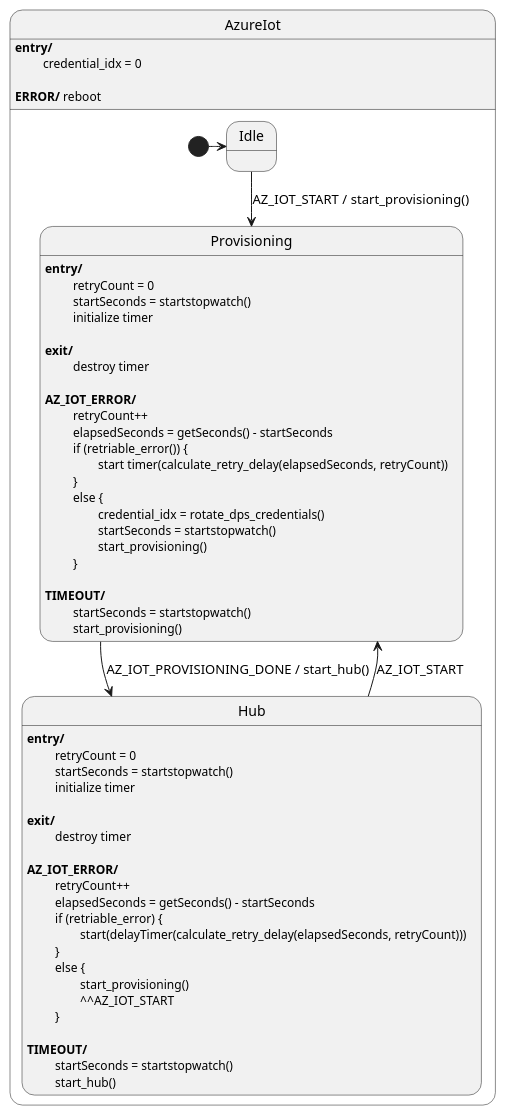
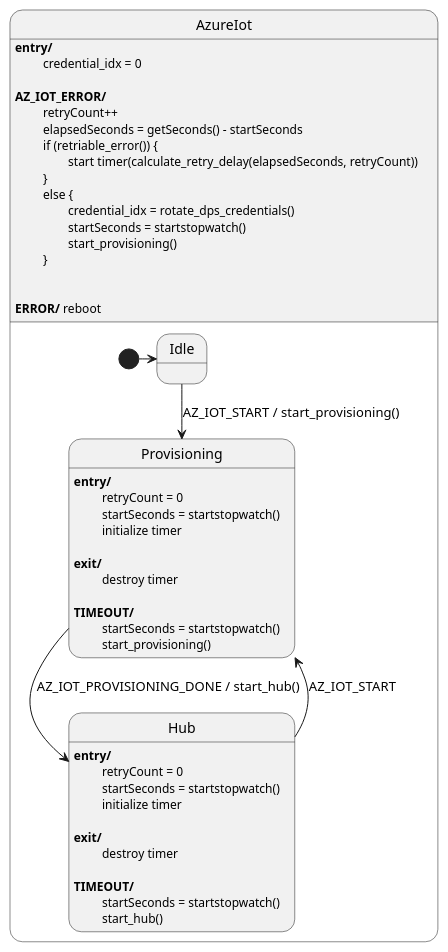
The diagram in demos/common/hfsm/doc/iot_hfsm.puml (Azure-Samples/iot-middleware-freertos-samples), drawn with PlantUML before and after one commit. The commit also changed 5 other files, not shown here.

```diff
--- a/demos/common/hfsm/doc/iot_hfsm.puml
+++ b/demos/common/hfsm/doc/iot_hfsm.puml
@@ -1,67 +1,57 @@
 @startuml Azure IoT HFSM
 
 state AzureIot {
     state Idle
     
     state Provisioning
     Provisioning: <b>entry/</b>
     Provisioning : \t retryCount = 0
     Provisioning : \t startSeconds = startstopwatch()
     Provisioning : \t initialize timer
     Provisioning :
     Provisioning : <b>exit/</b>
     Provisioning : \t destroy timer
     Provisioning :
-    Provisioning : <b>AZ_IOT_ERROR/</b>
-    Provisioning :  \t retryCount++
-    Provisioning :  \t elapsedSeconds = getSeconds() - startSeconds
-    Provisioning : \t if (retriable_error()) {
-    Provisioning : \t\t start timer(calculate_retry_delay(elapsedSeconds, retryCount))
-    Provisioning : \t }
-    Provisioning : \t else {
-    Provisioning : \t\t credential_idx = rotate_dps_credentials()
-    Provisioning:  \t\t startSeconds = startstopwatch()
-    Provisioning : \t\t start_provisioning()
-    Provisioning : \t }
-    Provisioning :
     Provisioning : <b>TIMEOUT/</b>
     Provisioning :  \t startSeconds = startstopwatch()
     Provisioning : \t start_provisioning()
 
     state Hub
     Hub : <b>entry/</b>
     Hub : \t retryCount = 0
     Hub : \t startSeconds = startstopwatch()
     Hub : \t initialize timer
     Hub :
     Hub : <b>exit/</b>
     Hub : \t destroy timer
     Hub : 
-    Hub : <b>AZ_IOT_ERROR/</b>
-    Hub : \t retryCount++
-    Hub : \t elapsedSeconds = getSeconds() - startSeconds
-    Hub : \t if (retriable_error) {
-    Hub : \t\t start(delayTimer(calculate_retry_delay(elapsedSeconds, retryCount)))
-    Hub : \t }
-    Hub : \t else {
-    Hub : \t\t start_provisioning()
-    Hub : \t\t ^^AZ_IOT_START
-    Hub : \t }
-    Hub :
     Hub : <b>TIMEOUT/</b>
     Hub : \t startSeconds = startstopwatch()
     Hub : \t start_hub()
     
     [*] -> Idle
     Idle --> Provisioning : AZ_IOT_START / start_provisioning()
     Provisioning --> Hub : AZ_IOT_PROVISIONING_DONE / start_hub()
 
     Hub -> Provisioning : AZ_IOT_START
 }
 
 AzureIot : <b>entry/</b> 
 AzureIot : \t credential_idx = 0
 AzureIot :
+AzureIot : <b>AZ_IOT_ERROR/</b>
+AzureIot :  \t retryCount++
+AzureIot :  \t elapsedSeconds = getSeconds() - startSeconds
+AzureIot : \t if (retriable_error()) {
+AzureIot : \t\t start timer(calculate_retry_delay(elapsedSeconds, retryCount))
+AzureIot : \t }
+AzureIot : \t else {
+AzureIot : \t\t credential_idx = rotate_dps_credentials()
+AzureIot:  \t\t startSeconds = startstopwatch()
+AzureIot : \t\t start_provisioning()
+AzureIot : \t }
+AzureIot :
+AzureIot :
 AzureIot : <b>ERROR/</b> reboot
 
 @enduml
```
